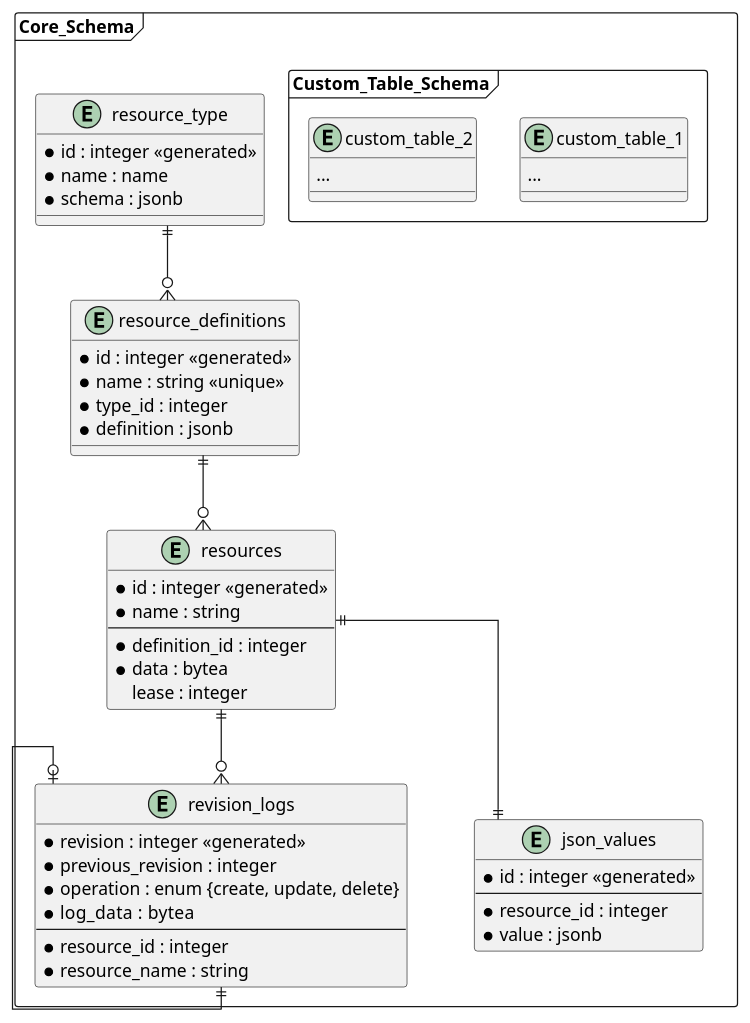
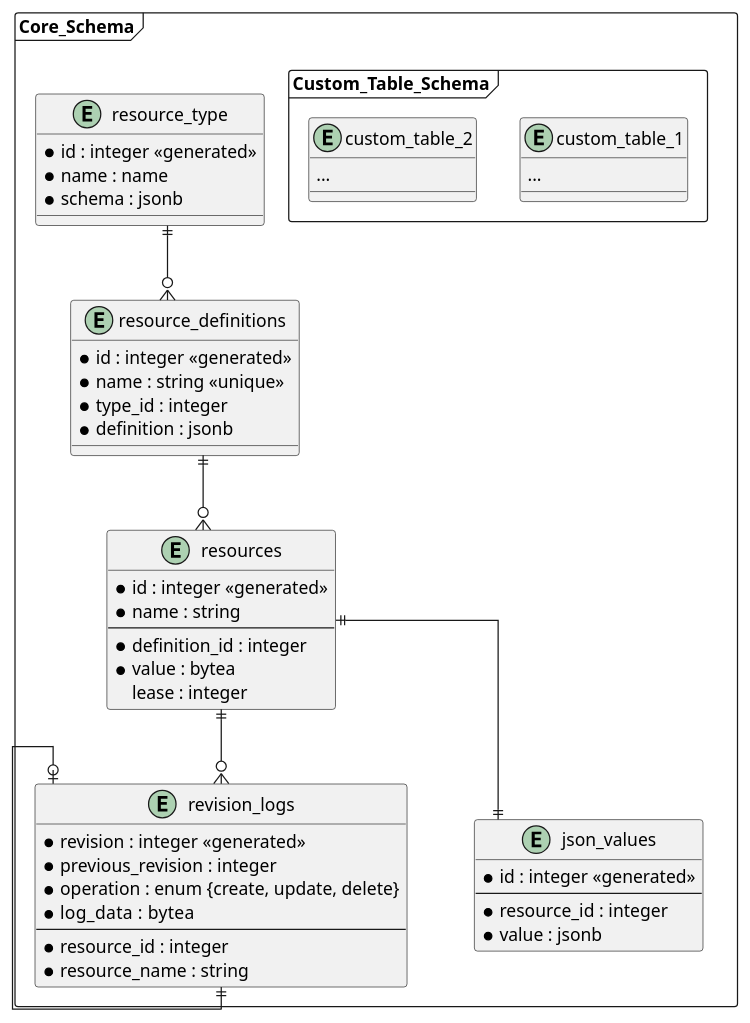
Before and after one commit to grafysi/horizpipes-design-documents: the diagram in buildSrc/snippets/puml/metadata-server/Core_Schema.puml, drawn with PlantUML.

Commit message:
Change schema

```diff
--- a/buildSrc/snippets/puml/metadata-server/Core_Schema.puml
+++ b/buildSrc/snippets/puml/metadata-server/Core_Schema.puml
@@ -1,74 +1,74 @@
 @startuml
 
 skinparam linetype ortho
 
 
 
 frame "Core_Schema" {
 
     entity "resources" as res {
         *id : integer <<generated>>
         *name : string
         --
         *definition_id : integer
-        *data : bytea
+        *value : bytea
         lease : integer
     }
 
     entity "revision_logs" as resrev {
         *revision : integer <<generated>>
         *previous_revision : integer
         *operation : enum {create, update, delete}
         *log_data  : bytea
         --
         *resource_id : integer
         *resource_name : string
     }
 
     /' supported value definition types are:
         - TableDefinition
         - JsoncDefinition
         - JsonDefinition
         - AvroDefinition
         - FileDefinition
         - RawByteDefinition '/
     entity "resource_type" as restype {
         *id : integer <<generated>>
         *name : name
         *schema : jsonb
     }
 
 
     entity "resource_definitions" as valdef {
         *id : integer <<generated>>
         *name : string <<unique>>
         *type_id : integer
         *definition : jsonb
     }
 
     res ||--o{ resrev
     resrev |o--|| resrev
     valdef ||--o{ res
     restype ||--o{ valdef
 
 
     entity "json_values" as jsonval {
         *id : integer <<generated>>
         --
         *resource_id : integer
         *value : jsonb
     }
 
     res ||--|| jsonval
 
     frame "Custom_Table_Schema" {
         entity "custom_table_1" {
             ...
         }
 
         entity "custom_table_2" {
             ...
         }
     }
 }
 @enduml
```
